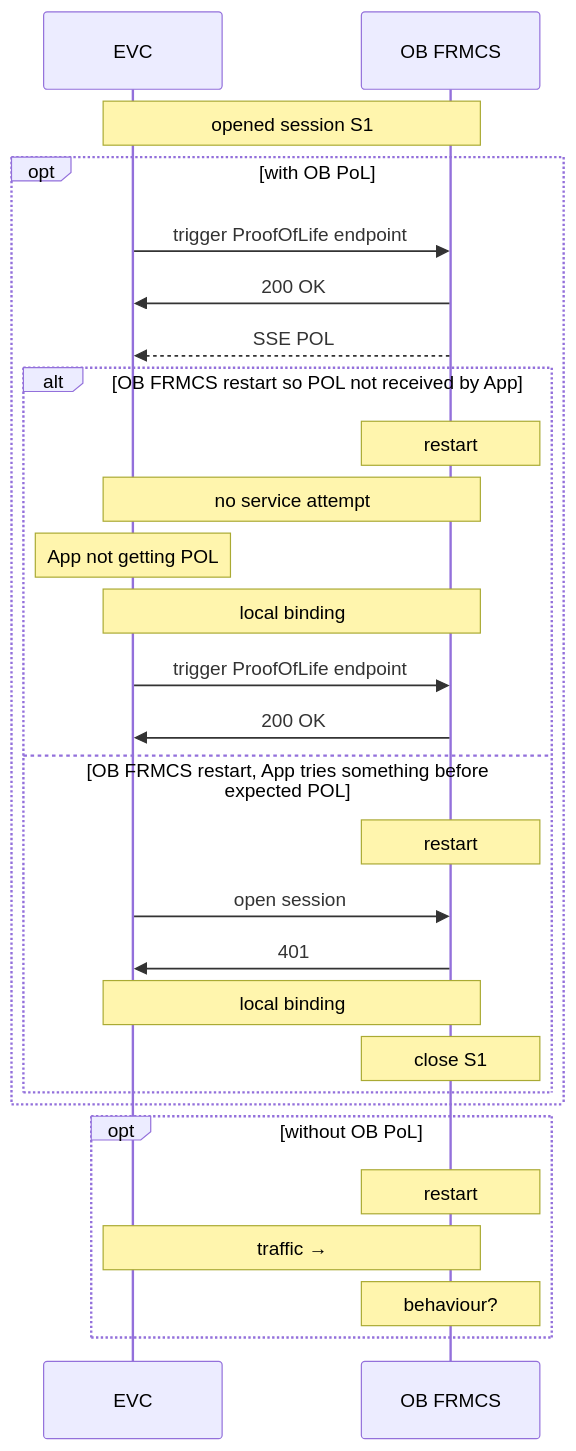
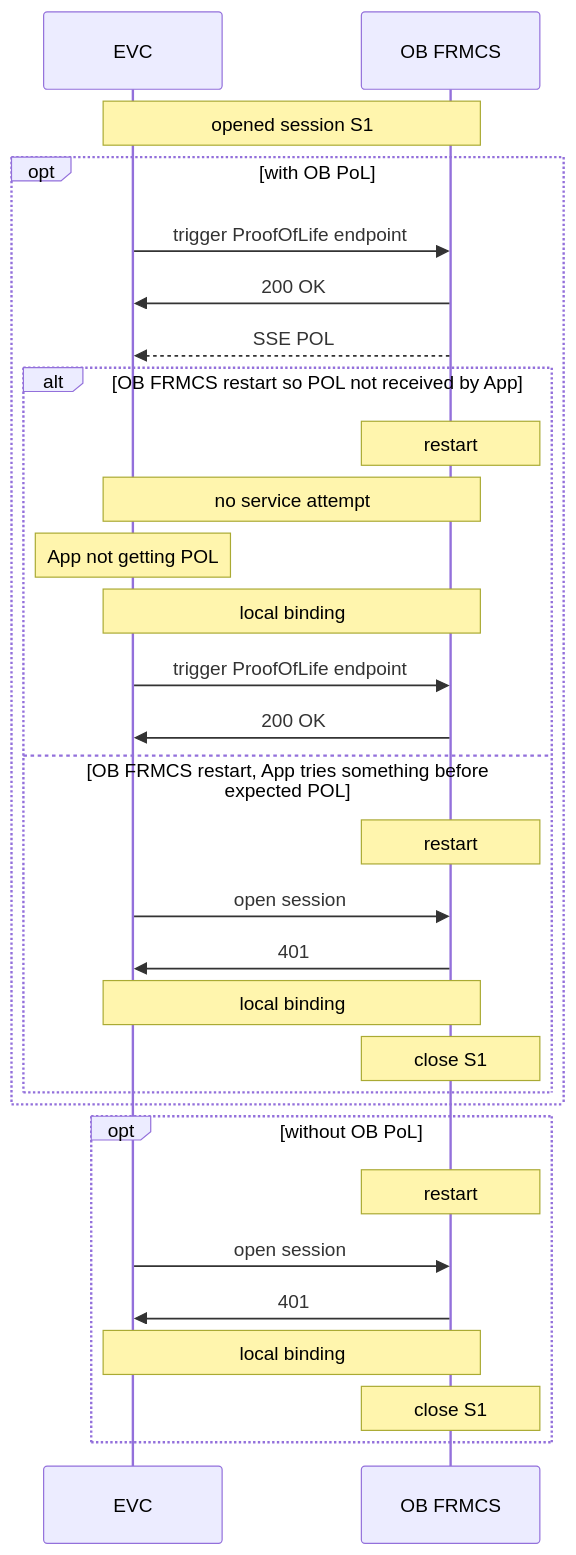
One commit to UICrail/FRMCSSandbox changed the fourth of 6 diagrams in API/KeepAlive.md. Above: the diagram before and after it, drawn with Mermaid. The commit also changed other lines of this file, not shown here.

````diff
--- a/API/KeepAlive.md
+++ b/API/KeepAlive.md
@@ -102,34 +103,36 @@
 ```mermaid
 
 sequenceDiagram
 participant A as EVC
 participant O as OB FRMCS
 
 Note over A,O:  opened session S1 
 
 opt with OB PoL
   A->> O: trigger ProofOfLife endpoint
   O->>A: 200 OK
   O-->>A:  SSE POL
   alt OB FRMCS restart so POL not received by App
     Note over O:  restart
     Note over A,O: no service attempt
     Note over A:  App not getting POL
     Note over A,O:  local binding
     A->> O: trigger ProofOfLife endpoint
     O->>A: 200 OK
   else OB FRMCS restart, App tries something before expected POL
     Note over O:  restart
     A->>O: open session
     O->>A:  401
     Note over A,O: local binding
     Note over O: close S1
   end
 end
 
 opt without OB PoL
   Note over O:  restart
-  Note over A,O: traffic →
-  Note over O: behaviour?
+  A->>O: open session
+  O->>A:  401
+  Note over A,O: local binding
+  Note over O: close S1
 end  
 ```
````
